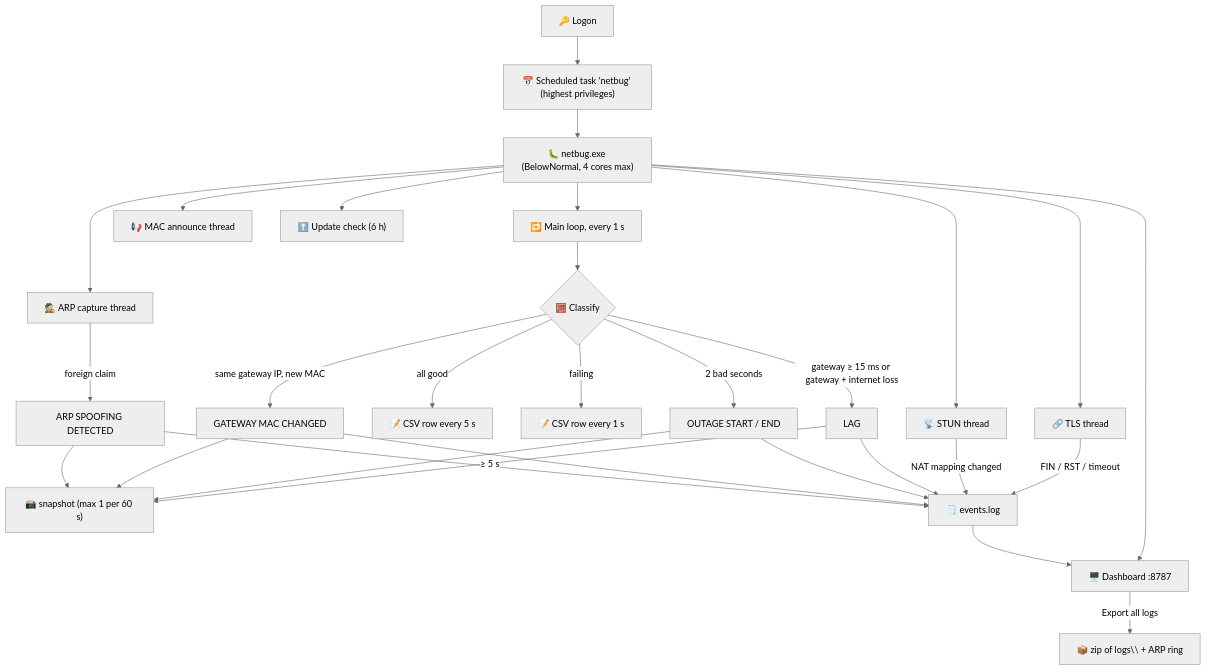
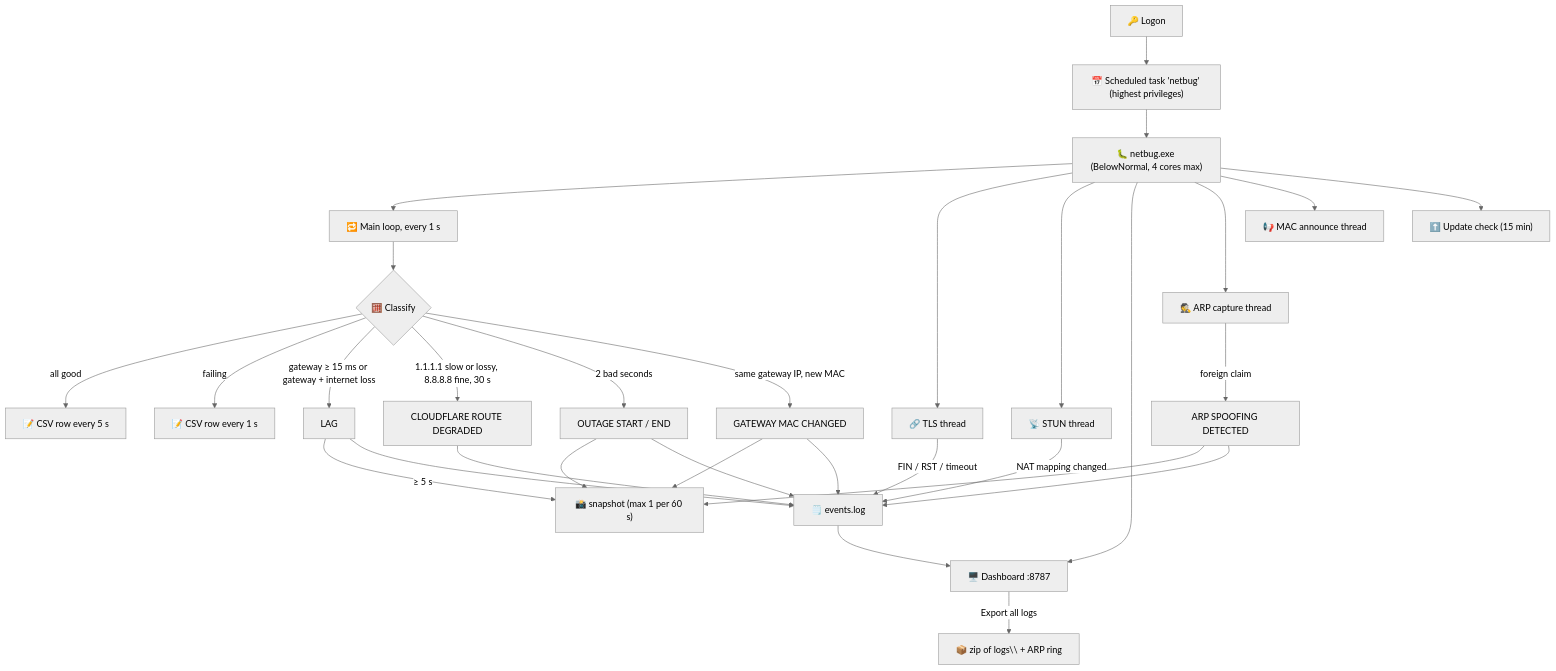
The diagram in README.md (tariqaq/netbug), drawn with Mermaid (neutral theme) before and after one commit. The commit also changed other lines of this file and 6 other files, not shown here.

First line of the commit message:
v1.0.8: audit fixes, Cloudflare route check, real-time ARP capture, build script

````diff
--- a/README.md
+++ b/README.md
@@ -219,31 +216,33 @@
 ```mermaid
 flowchart TD
     A["🔑 Logon"] --> B["📅 Scheduled task 'netbug' (highest privileges)"]
     B --> C["🐛 netbug.exe (BelowNormal, 4 cores max)"]
     C --> M["🔁 Main loop, every 1 s"]
     C --> T["🔗 TLS thread"]
     C --> U["📡 STUN thread"]
     C --> W["🖥️ Dashboard :8787"]
     C --> AW["🕵️ ARP capture thread"]
     C --> AN["📢 MAC announce thread"]
-    C --> UP["⬆️ Update check (6 h)"]
+    C --> UP["⬆️ Update check (15 min)"]
     M --> K{"🧮 Classify"}
     K -->|"all good"| R1["📝 CSV row every 5 s"]
     K -->|"failing"| R2["📝 CSV row every 1 s"]
     K -->|"gateway ≥ 15 ms or gateway + internet loss"| L["LAG"]
+    K -->|"1.1.1.1 slow or lossy, 8.8.8.8 fine, 30 s"| CF["CLOUDFLARE ROUTE DEGRADED"]
+    CF --> E
     K -->|"2 bad seconds"| O["OUTAGE START / END"]
     K -->|"same gateway IP, new MAC"| G["GATEWAY MAC CHANGED"]
     AW -->|"foreign claim"| SP["ARP SPOOFING DETECTED"]
     L -->|"≥ 5 s"| S["📸 snapshot (max 1 per 60 s)"]
     O --> S
     G --> S
     SP --> S
     T -->|"FIN / RST / timeout"| E["🗒️ events.log"]
     U -->|"NAT mapping changed"| E
     L --> E
     O --> E
     G --> E
     SP --> E
     E --> W
     W -->|"Export all logs"| X["📦 zip of logs\\ + ARP ring"]
 ```
````
